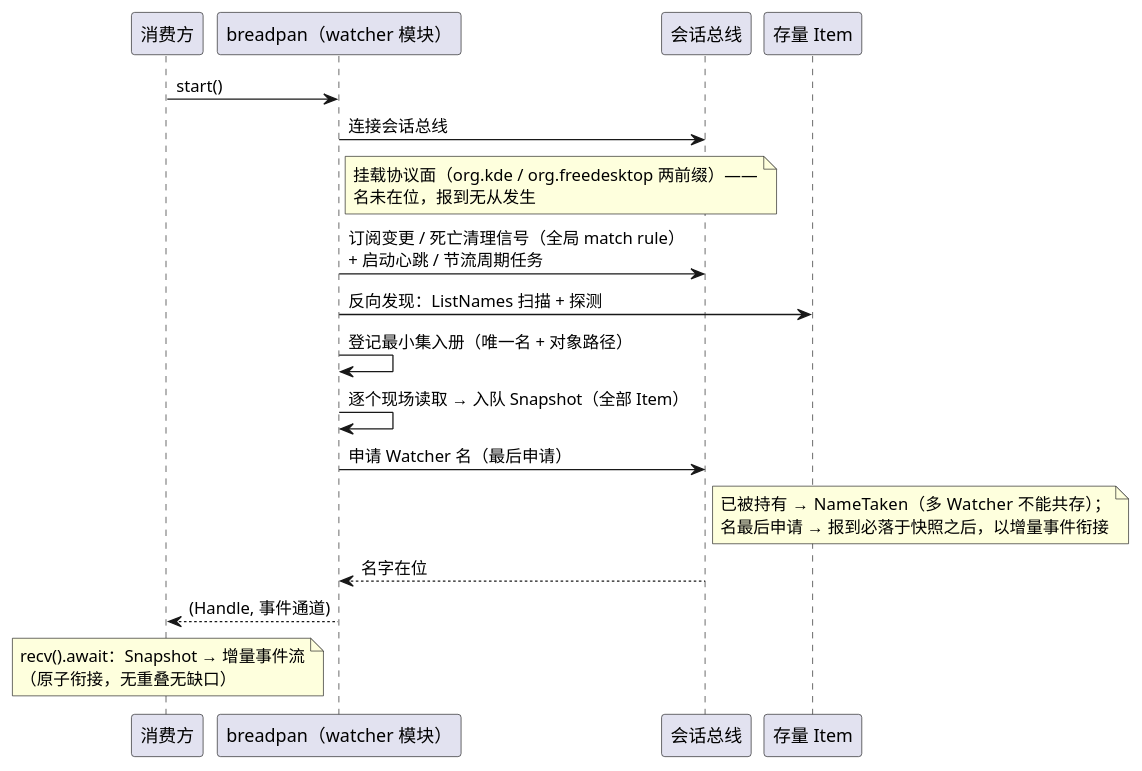
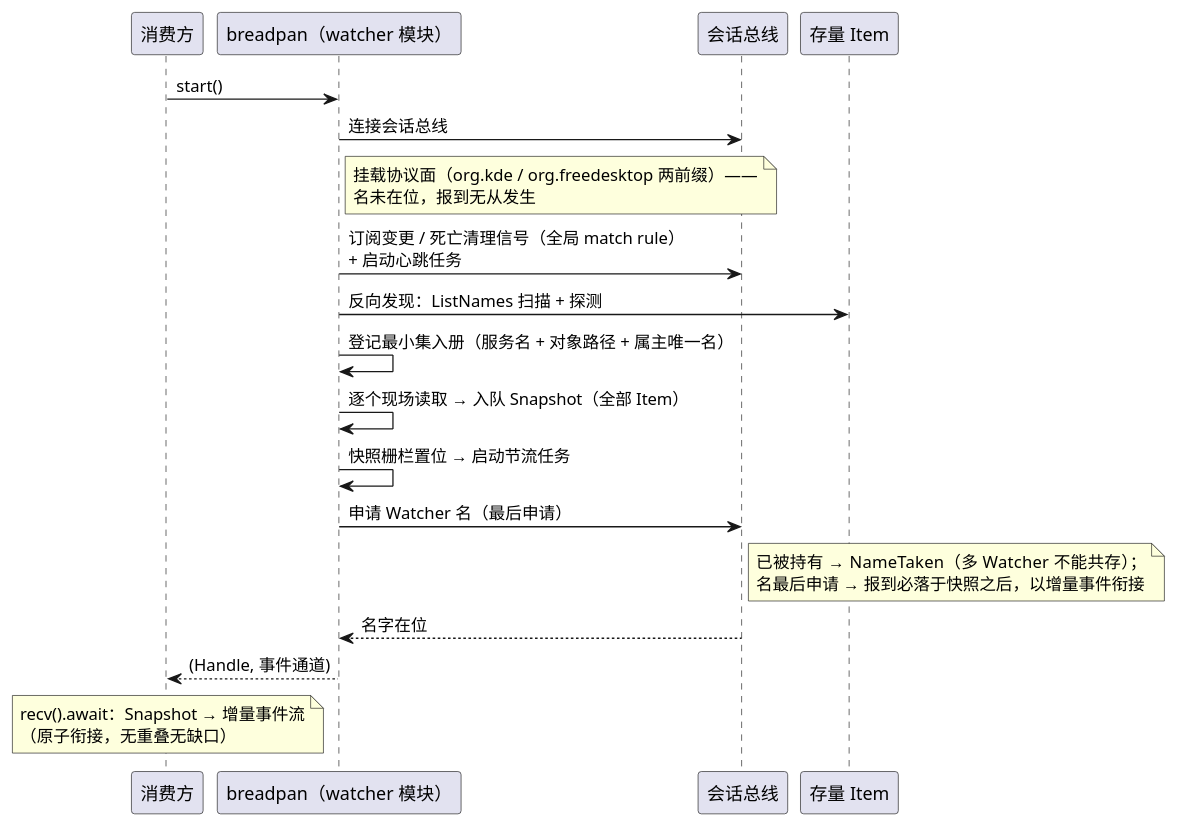
One commit to 54m43lJ/BreadKnife changed the diagram in breadpan/diagram/breadpan-startup.puml. Above: the diagram before and after it, drawn with PlantUML. The commit also changed 15 other files, not shown here.

```diff
--- a/breadpan/diagram/breadpan-startup.puml
+++ b/breadpan/diagram/breadpan-startup.puml
@@ -1,28 +1,29 @@
 @startuml breadpan-startup
 participant 消费方
 participant "breadpan（watcher 模块）" as bp
 participant 会话总线
 participant "存量 Item" as item
 
 消费方 -> bp: start()
 bp -> 会话总线: 连接会话总线
 note right of bp
   挂载协议面（org.kde / org.freedesktop 两前缀）——
   名未在位，报到无从发生
 end note
-bp -> 会话总线: 订阅变更 / 死亡清理信号（全局 match rule）\n+ 启动心跳 / 节流周期任务
+bp -> 会话总线: 订阅变更 / 死亡清理信号（全局 match rule）\n+ 启动心跳任务
 bp -> item: 反向发现：ListNames 扫描 + 探测
-bp -> bp: 登记最小集入册（唯一名 + 对象路径）
+bp -> bp: 登记最小集入册（服务名 + 对象路径 + 属主唯一名）
 bp -> bp: 逐个现场读取 → 入队 Snapshot（全部 Item）
+bp -> bp: 快照栅栏置位 → 启动节流任务
 bp -> 会话总线: 申请 Watcher 名（最后申请）
 note right of 会话总线
   已被持有 → NameTaken（多 Watcher 不能共存）；
   名最后申请 → 报到必落于快照之后，以增量事件衔接
 end note
 会话总线 --> bp: 名字在位
 消费方 <-- bp: (Handle, 事件通道)
 note over 消费方
   recv().await：Snapshot → 增量事件流
   （原子衔接，无重叠无缺口）
 end note
 @enduml
```
